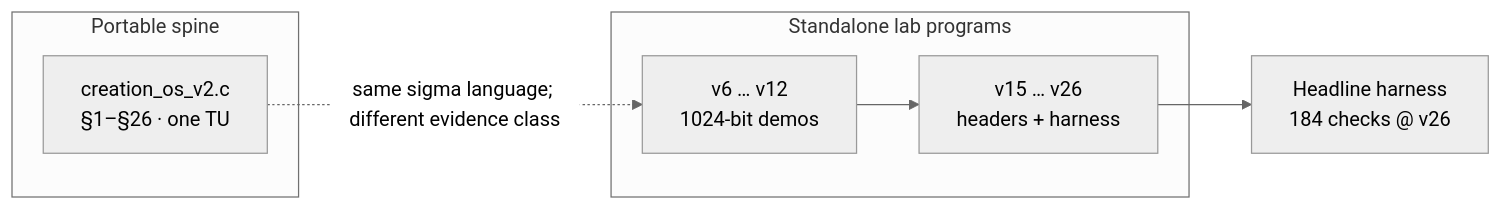
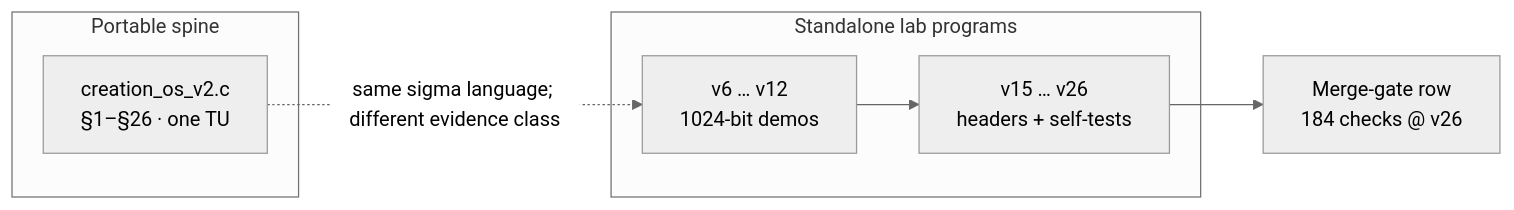
Before and after one commit to spektre-labs/creation-os: the third of 6 diagrams in README.md, drawn with Mermaid. The commit also changed other lines of this file, not shown here.

First line of the commit message:
README: top navigation strip, stable anchors, harness wording cleanup

````diff
--- a/README.md
+++ b/README.md
@@ -137,14 +142,14 @@
 ```mermaid
 %%{init: {'theme':'neutral'}}%%
 flowchart LR
   subgraph spine["Portable spine"]
     V2["creation_os_v2.c<br/>§1–§26 · one TU"]
   end
   subgraph lab["Standalone lab programs"]
     V6["v6 … v12<br/>1024-bit demos"]
-    V15["v15 … v26<br/>headers + harness"]
+    V15["v15 … v26<br/>headers + self-tests"]
   end
   V2 -.->|same sigma language; different evidence class| V6
   V6 --> V15
-  V15 --> H["Headline harness<br/>184 checks @ v26"]
+  V15 --> H["Merge-gate row<br/>184 checks @ v26"]
 ```
````
